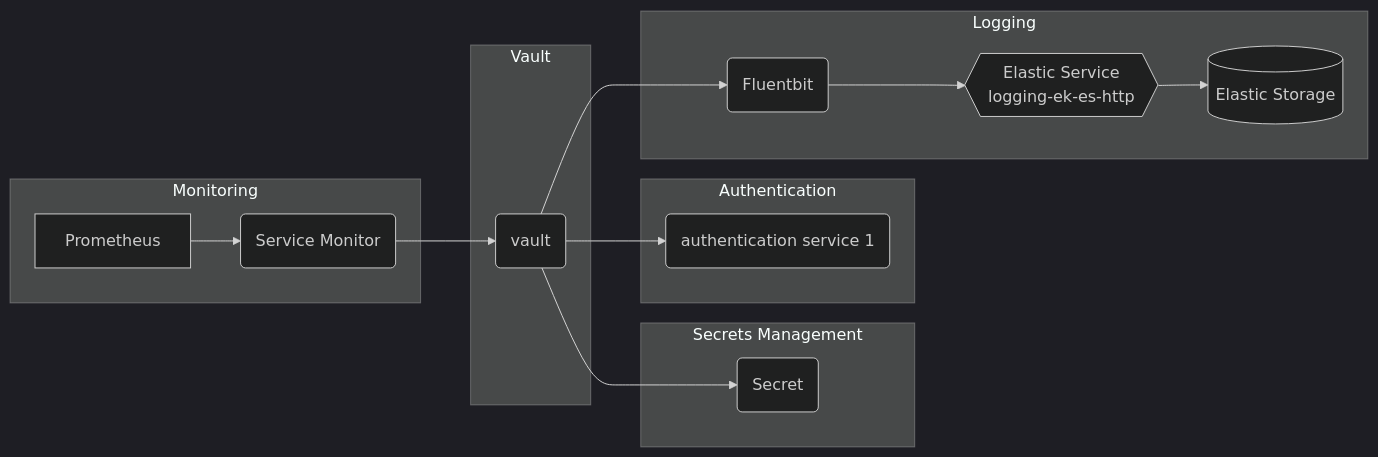
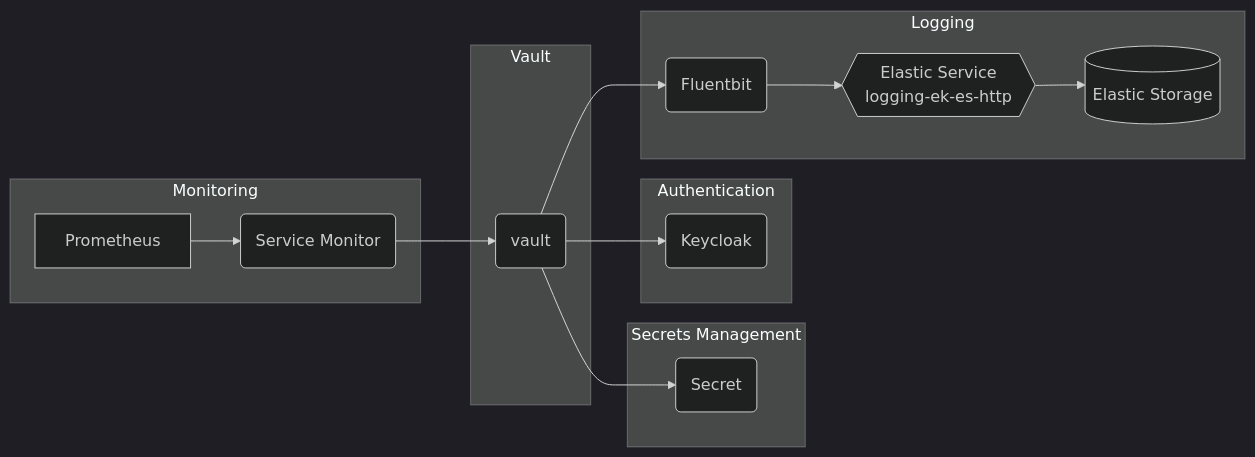
The diagram in docs/understanding-bigbang/package-architecture/vault.md (anoncam/big-bang), drawn with Mermaid (dark theme) before and after one commit.

Commit message:
update name

````diff
--- a/docs/understanding-bigbang/package-architecture/vault.md
+++ b/docs/understanding-bigbang/package-architecture/vault.md
@@ -10,24 +10,24 @@
 ```mermaid
 graph LR
   subgraph "Vault"
     vaultservice1("vault")
   end
 
   subgraph "Secrets Management"
     vaultservice1("vault") --> secret1("Secret")
   end
 
   subgraph "Authentication"
-    vaultservice1("vault") --> authenticationservice1("authentication service 1")
+    vaultservice1("vault") --> authenticationservice1("Keycloak")
   end
 
   subgraph "Logging"
     vaultservice1("vault") --> fluent(Fluentbit) --> logging-ek-es-http
     logging-ek-es-http{{Elastic Service<br />logging-ek-es-http}} --> elastic[(Elastic Storage)]
   end
 
   subgraph "Monitoring"
     svcmonitor("Service Monitor") --> vaultservice1("vault")
     Prometheus --> svcmonitor("Service Monitor")
   end
 ```
````
